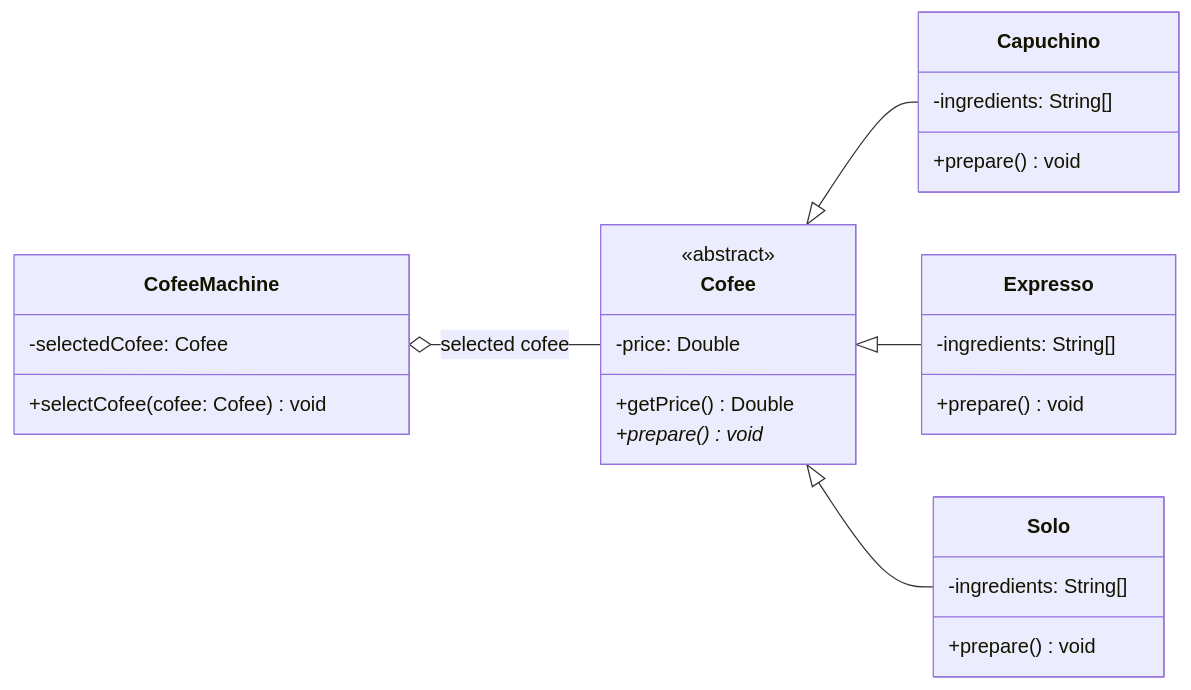
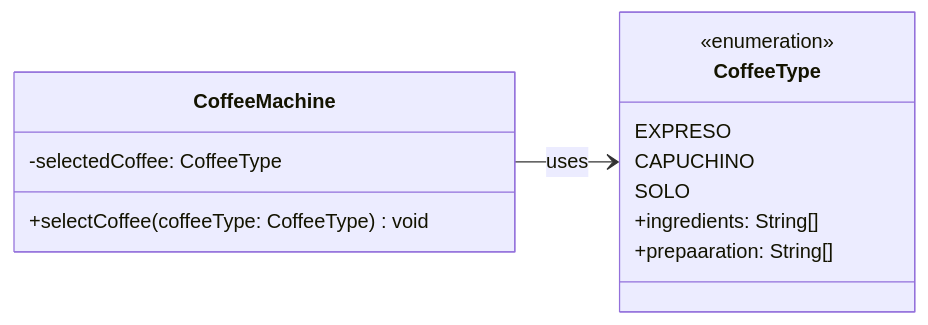
One commit to anxovaz/maquina-cafe changed the third of 3 diagrams in README.md. Above: the diagram before and after it, drawn with Mermaid.

Commit message:
Fix readme coffeetypes mermaid

````diff
--- a/README.md
+++ b/README.md
@@ -91,33 +91,20 @@
 ```mermaid
 classDiagram
     direction LR
 
-    class CofeeMachine {
-        -selectedCofee: Cofee
-        +selectCofee(cofee: Cofee) void
+    class CoffeeMachine {
+        -selectedCoffee: CoffeeType
+        +selectCoffee(coffeeType: CoffeeType) void
     }
 
-    class Cofee {
-        <<abstract>>
-        -price: Double
-        +getPrice() Double
-        +prepare() void*
-    }
-    class Capuchino {
-        -ingredients: String[]
-        +prepare() void
-    }
-    class Expresso {
-        -ingredients: String[]
-        +prepare() void
-    }
-    class Solo {
-        -ingredients: String[]
-        +prepare() void
+    class CoffeeType {
+        <<enumeration>>
+        EXPRESO
+        CAPUCHINO
+        SOLO
+        +ingredients: String[]
+        +prepaaration: String[]
     }
 
-    CofeeMachine o-- Cofee : selected cofee
-    Cofee <|-- Capuchino
-    Cofee <|-- Expresso
-    Cofee <|-- Solo
+    CoffeeMachine --> CoffeeType : uses
 ```
````
